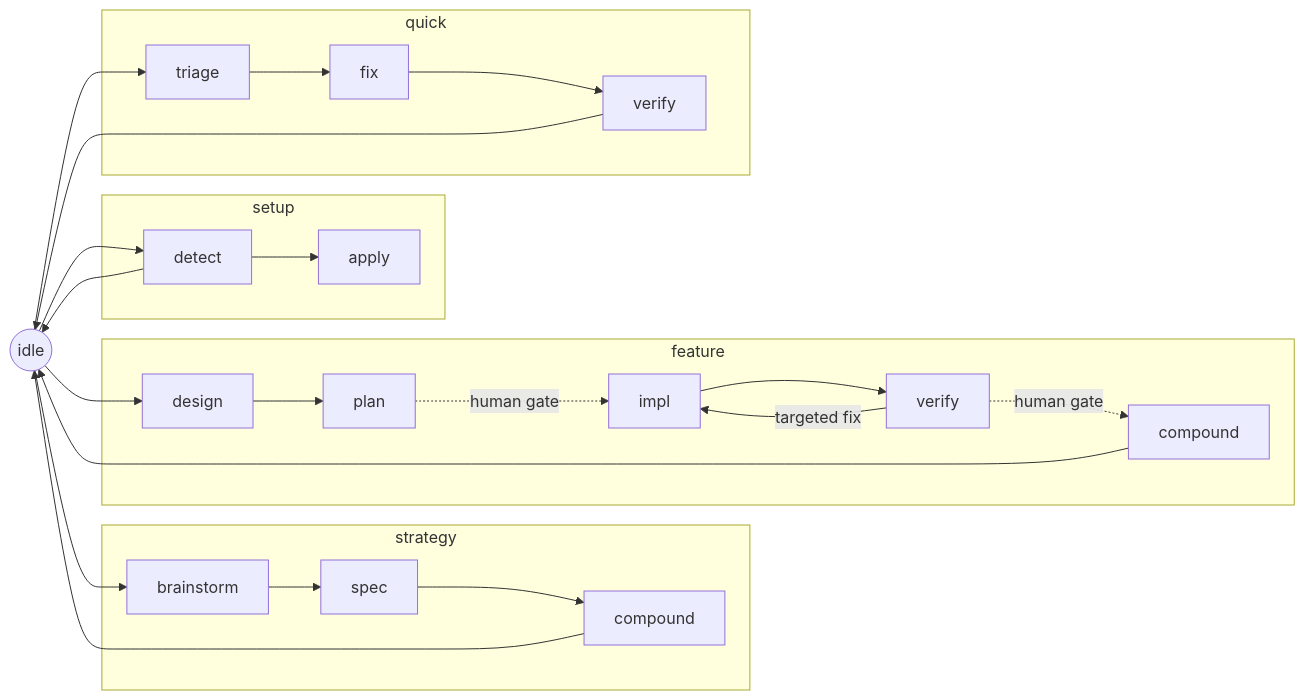
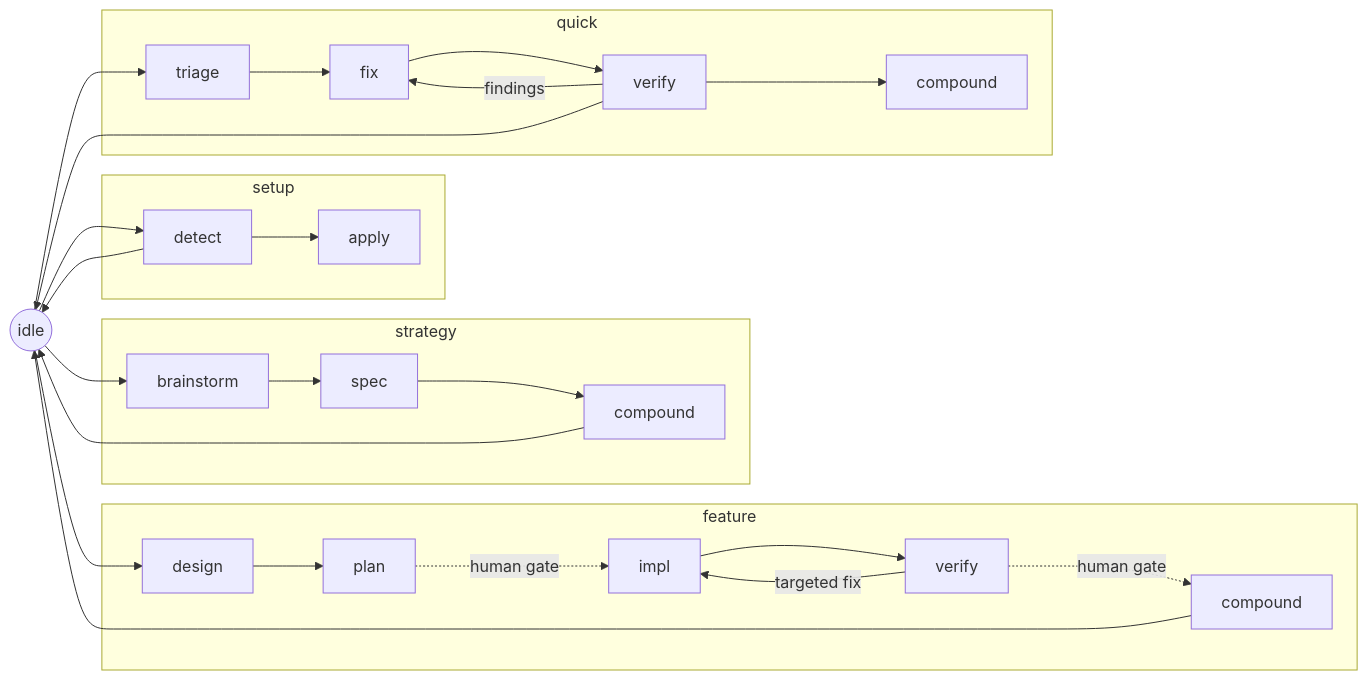
Before and after one commit to LennardZuendorf/vibe: the diagram in flow/README.md, drawn with Mermaid. The commit also changed other lines of this file and 26 other files, not shown here.

Commit message:
flow-mvp: rework flow into personal operating layer (#14)

````diff
--- a/flow/README.md
+++ b/flow/README.md
@@ -59,25 +59,26 @@
 ```mermaid
 flowchart LR
     I((idle))
     subgraph setup
         SD[detect] --> SA[apply]
     end
     subgraph strategy
         SB[brainstorm] --> SS[spec] --> SC[compound]
     end
     subgraph feature
         D[design] --> P[plan] -. human gate .-> IM[impl] --> V[verify]
         V -. human gate .-> C[compound]
         V -->|targeted fix| IM
     end
     subgraph quick
-        T[triage] --> F[fix] --> QV[verify]
+        T[triage] --> F[fix] --> QV[verify] --> QC[compound]
+        QV -->|findings| F
     end
     I --> SD --> I
     I --> SB
     I --> D
     I --> T
     SC --> I
     C --> I
     QV --> I
 ```
````
